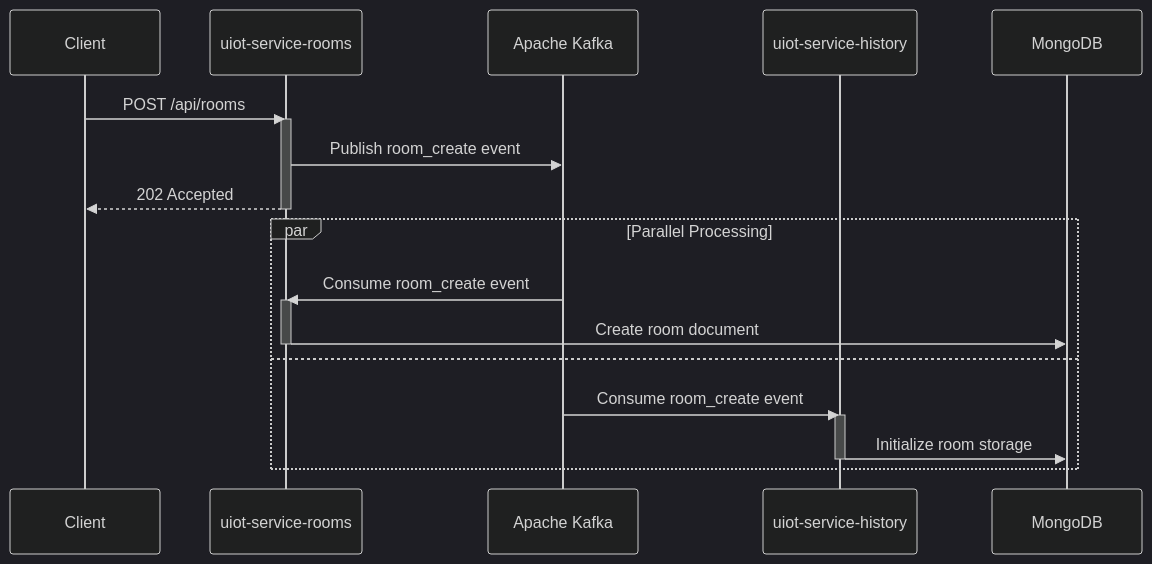
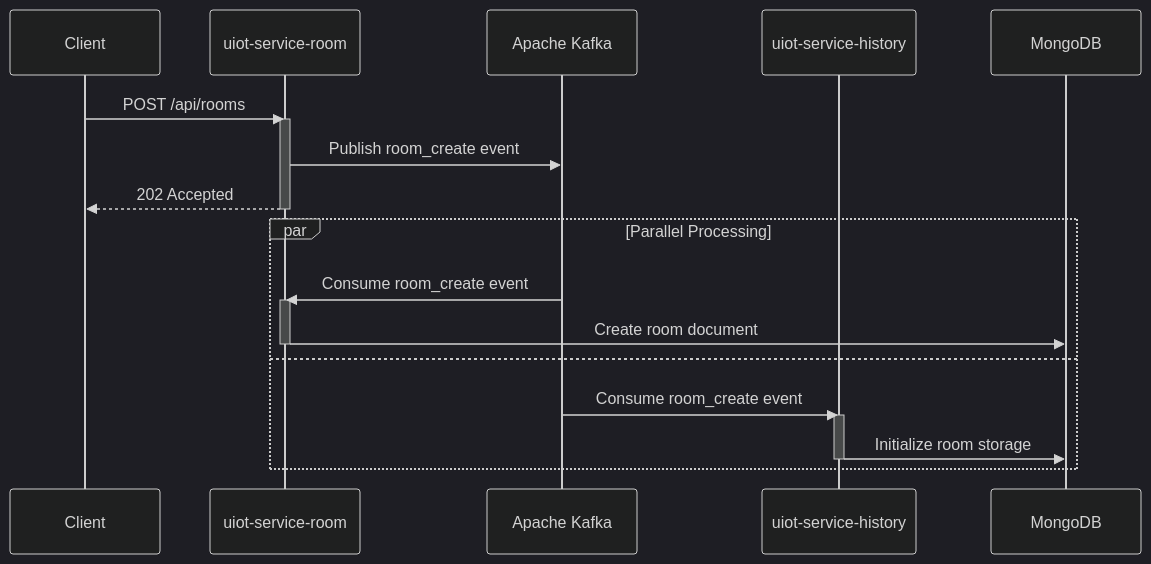
One commit to malczuuu/uiot changed the first of 6 diagrams in README.md. Above: the diagram before and after it, drawn with Mermaid (dark theme). The commit also changed other lines of this file and 230 other files, not shown here.

````diff
--- a/README.md
+++ b/README.md
@@ -79,25 +78,25 @@
 ```mermaid
 sequenceDiagram
     participant Client
-    participant RoomsService as uiot-service-rooms
+    participant RoomsService as uiot-service-room
     participant Kafka as Apache Kafka
     participant HistoryService as uiot-service-history
     participant MongoDB as MongoDB
     Client ->> RoomsService: POST /api/rooms
     activate RoomsService
     RoomsService ->> Kafka: Publish room_create event
     RoomsService -->> Client: 202 Accepted
     deactivate RoomsService
 
     par Parallel Processing
         Kafka ->> RoomsService: Consume room_create event
         activate RoomsService
         RoomsService ->> MongoDB: Create room document
         deactivate RoomsService
     and
         Kafka ->> HistoryService: Consume room_create event
         activate HistoryService
         HistoryService ->> MongoDB: Initialize room storage
         deactivate HistoryService
     end
 ```
````
